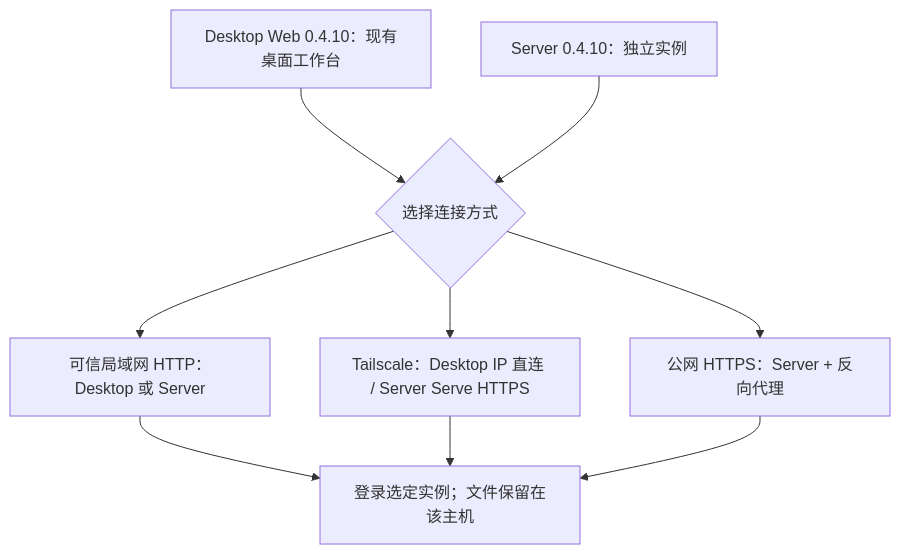
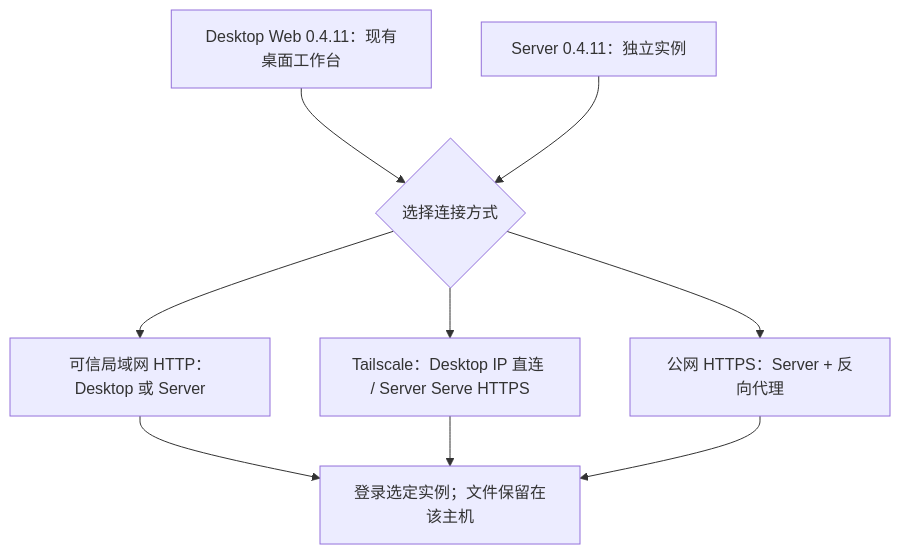
Before and after one commit to 123eyu/rovai-ai: the diagram in website/site/public/assets/diagrams/deployment-choice-zh.mmd, drawn with Mermaid. The commit also changed 11 other files, not shown here.

```diff
--- a/website/site/public/assets/diagrams/deployment-choice-zh.mmd
+++ b/website/site/public/assets/diagrams/deployment-choice-zh.mmd
@@ -1,12 +1,12 @@
 flowchart TB
-  desktop["Desktop Web 0.4.10：现有桌面工作台"]
-  server["Server 0.4.10：独立实例"]
+  desktop["Desktop Web 0.4.11：现有桌面工作台"]
+  server["Server 0.4.11：独立实例"]
   choice{"选择连接方式"}
   desktop --> choice
   server --> choice
   choice --> lan["可信局域网 HTTP：Desktop 或 Server"]
   choice --> ts["Tailscale：Desktop IP 直连 / Server Serve HTTPS"]
   choice --> public["公网 HTTPS：Server + 反向代理"]
   lan --> login["登录选定实例；文件保留在该主机"]
   ts --> login
   public --> login
```
